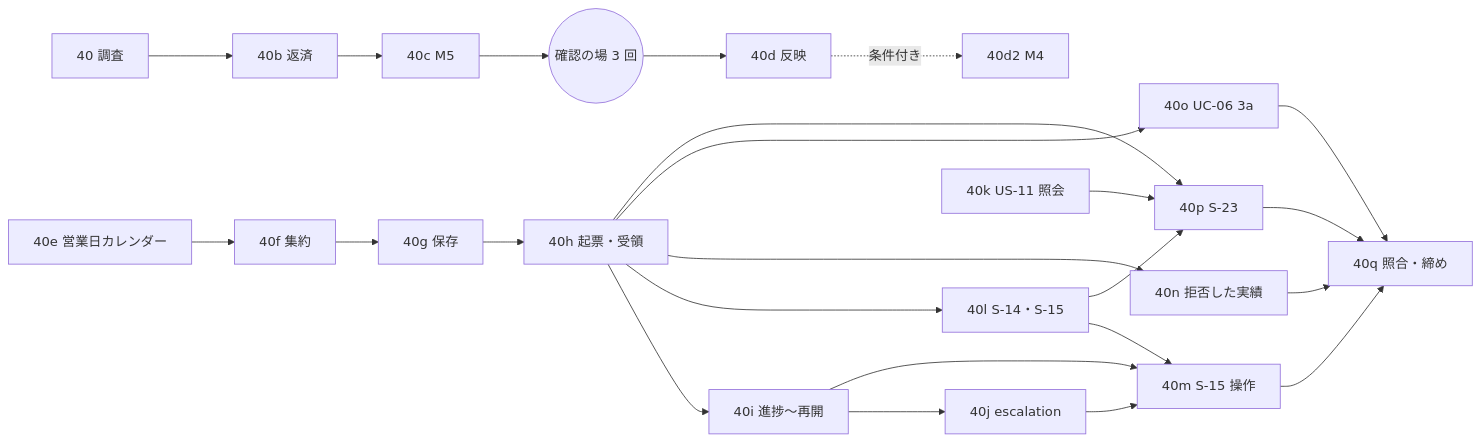
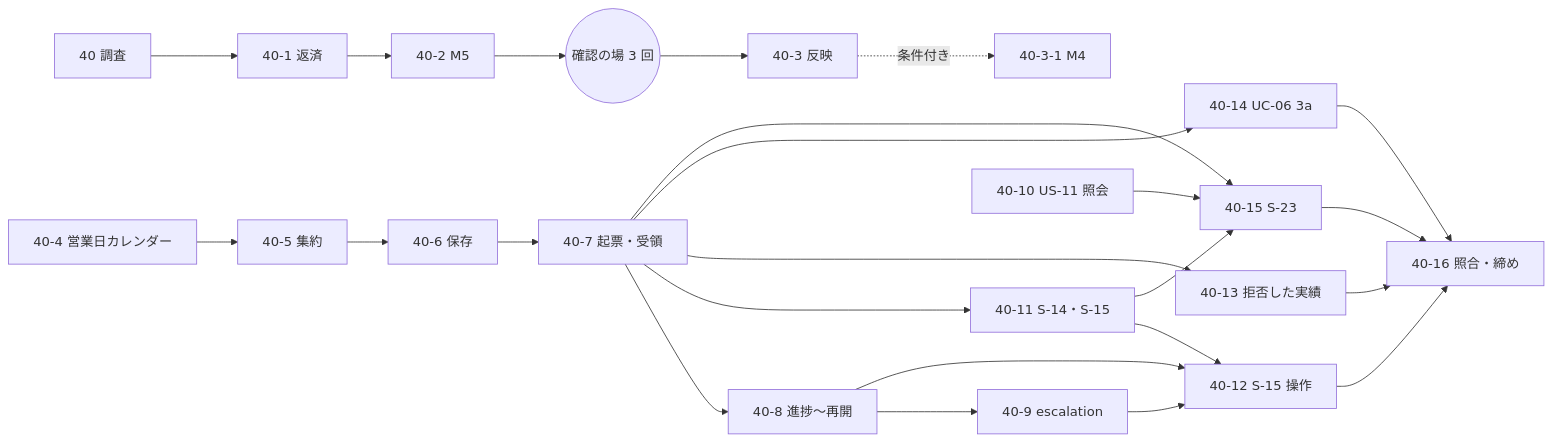
Before and after one commit to k2works/practical-domain-driven-design-in-enterpris-application: the diagram in docs/development/cargo-tracker/iteration_plan-W8.md, drawn with Mermaid. The commit also changed other lines of this file, not shown here.

````diff
--- a/docs/development/cargo-tracker/iteration_plan-W8.md
+++ b/docs/development/cargo-tracker/iteration_plan-W8.md
@@ -94,19 +96,19 @@
 ```mermaid
 flowchart LR
-  B40[40 調査] --> B40b[40b 返済] --> B40c[40c M5]
-  B40c --> S((確認の場 3 回)) --> B40d[40d 反映] -.条件付き.-> B40d2[40d2 M4]
-  B40e[40e 営業日カレンダー] --> B40f[40f 集約] --> B40g[40g 保存] --> B40h[40h 起票・受領]
-  B40h --> B40i[40i 進捗〜再開] --> B40j[40j escalation]
-  B40h --> B40l[40l S-14・S-15] --> B40m[40m S-15 操作]
+  B40[40 調査] --> B40b[40-1 返済] --> B40c[40-2 M5]
+  B40c --> S((確認の場 3 回)) --> B40d[40-3 反映] -.条件付き.-> B40d2[40-3-1 M4]
+  B40e[40-4 営業日カレンダー] --> B40f[40-5 集約] --> B40g[40-6 保存] --> B40h[40-7 起票・受領]
+  B40h --> B40i[40-8 進捗〜再開] --> B40j[40-9 escalation]
+  B40h --> B40l[40-11 S-14・S-15] --> B40m[40-12 S-15 操作]
   B40i --> B40m
   B40j --> B40m
-  B40h --> B40n[40n 拒否した実績]
-  B40h --> B40o[40o UC-06 3a]
-  B40k[40k US-11 照会] --> B40p[40p S-23]
+  B40h --> B40n[40-13 拒否した実績]
+  B40h --> B40o[40-14 UC-06 3a]
+  B40k[40-10 US-11 照会] --> B40p[40-15 S-23]
   B40h --> B40p
   B40l --> B40p
-  B40m --> B40q[40q 照合・締め]
+  B40m --> B40q[40-16 照合・締め]
   B40n --> B40q
   B40o --> B40q
   B40p --> B40q
 ```
````
